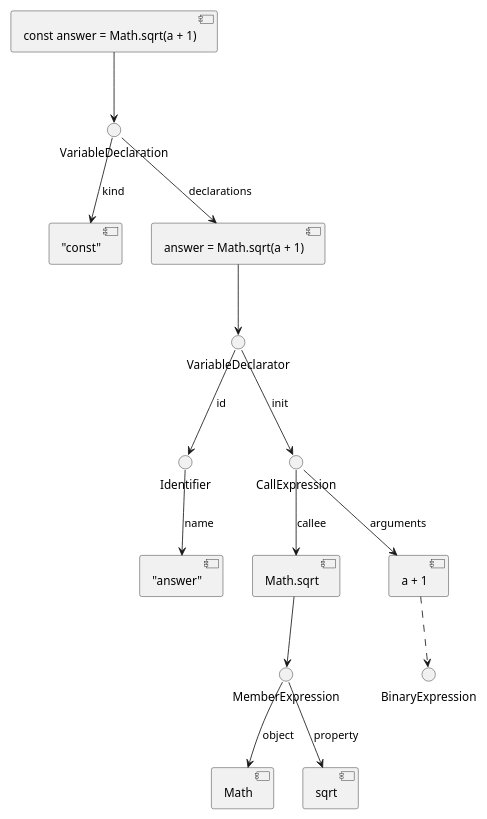
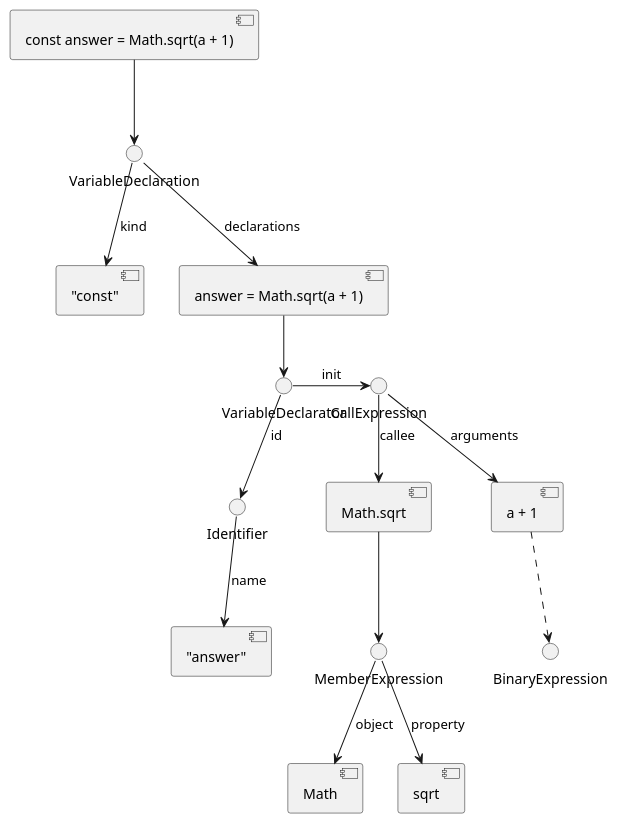
The ninth of 13 diagrams in answer-ast.md (unlight/how-to-create-eslint-plugin-talk), drawn with PlantUML before and after one commit. The commit also changed other lines of this file, not shown here.

````diff
--- a/answer-ast.md
+++ b/answer-ast.md
@@ -133,24 +132,23 @@
 ```uml
 @startuml
-scale max 800 height
 
 [const answer = Math.sqrt(a + 1)] --> VariableDeclaration
 VariableDeclaration --> ["const"]: kind
 VariableDeclaration --> [answer = Math.sqrt(a + 1)]: declarations
 
 [answer = Math.sqrt(a + 1)] --> VariableDeclarator
 VariableDeclarator --> Identifier: id
-VariableDeclarator --> CallExpression: init
+VariableDeclarator -> CallExpression: init
 
 Identifier --> ["answer"]: name
 CallExpression --> [Math.sqrt]: callee
 CallExpression --> [a + 1]: arguments
 
 [Math.sqrt] --> MemberExpression
 [a + 1] ..> BinaryExpression
 
 MemberExpression --> [Math]: object
 MemberExpression --> [sqrt]: property
 
 @enduml
 ```
````
